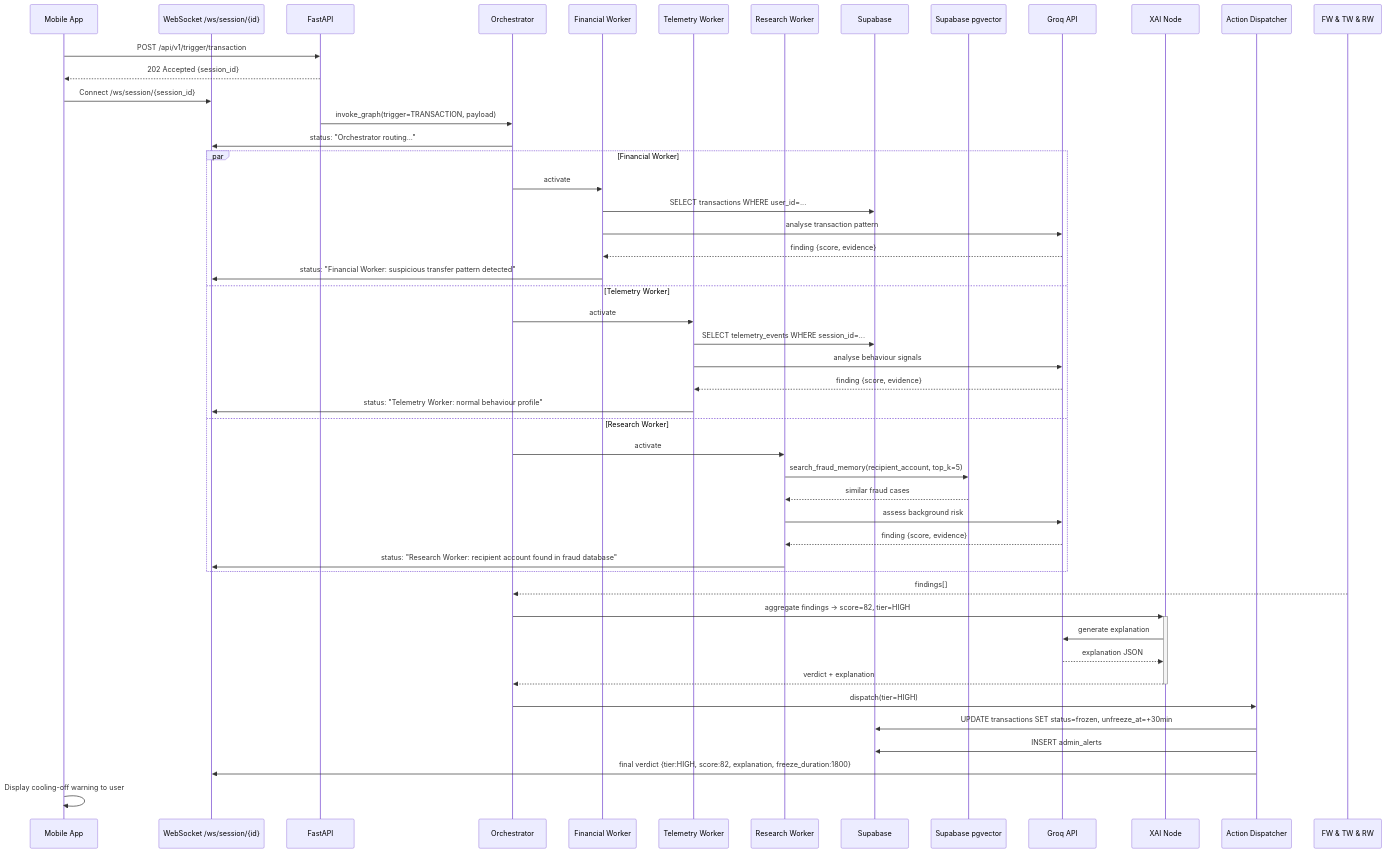
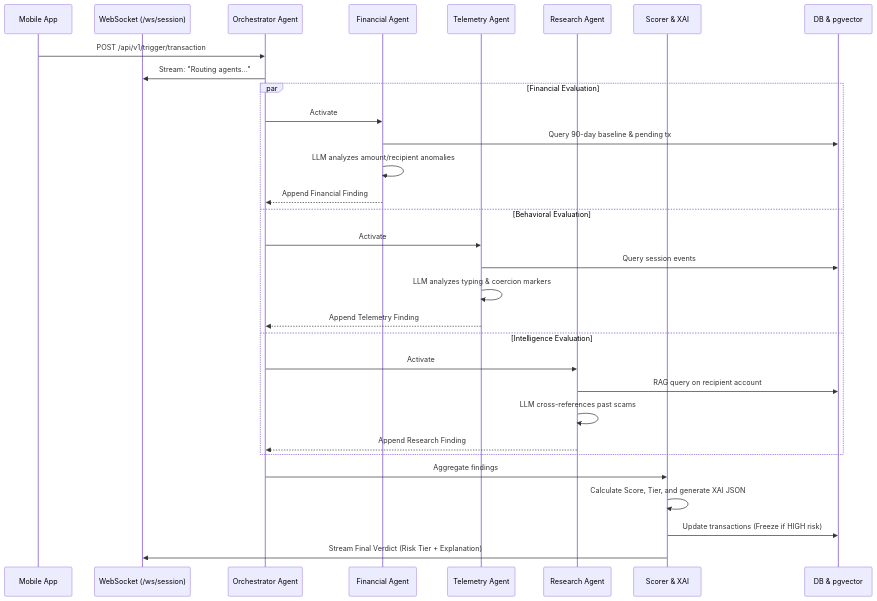
Before and after one commit to yx-05/Transafe: the third of 7 diagrams in doc/02_architecture.md, drawn with Mermaid. The commit also changed other lines of this file and 80 other files, not shown here.

````diff
--- a/doc/02_architecture.md
+++ b/doc/02_architecture.md
@@ -261,56 +368,36 @@
 ```mermaid
 sequenceDiagram
     participant App as Mobile App
-    participant WS as WebSocket /ws/session/{id}
-    participant API as FastAPI
-    participant ORC as Orchestrator
-    participant FW as Financial Worker
-    participant TW as Telemetry Worker
-    participant RW as Research Worker
-    participant SB as Supabase
-    participant SB_VEC as Supabase pgvector
-    participant GROQ as Groq API
-    participant XAI as XAI Node
-    participant ACT as Action Dispatcher
+    participant WS as WebSocket (/ws/session)
+    participant ORC as Orchestrator Agent
+    participant FW as Financial Agent
+    participant TW as Telemetry Agent
+    participant RW as Research Agent
+    participant SC as Scorer & XAI
+    participant DB as DB & pgvector
 
-    App->>API: POST /api/v1/trigger/transaction
-    API-->>App: 202 Accepted {session_id}
-    App->>WS: Connect /ws/session/{session_id}
-
-    API->>ORC: invoke_graph(trigger=TRANSACTION, payload)
-    ORC->>WS: status: "Orchestrator routing..."
-
-    par Financial Worker
-        ORC->>FW: activate
-        FW->>SB: SELECT transactions WHERE user_id=...
-        FW->>GROQ: analyse transaction pattern
-        GROQ-->>FW: finding {score, evidence}
-        FW->>WS: status: "Financial Worker: suspicious transfer pattern detected"
-    and Telemetry Worker
-        ORC->>TW: activate
-        TW->>SB: SELECT telemetry_events WHERE session_id=...
-        TW->>GROQ: analyse behaviour signals
-        GROQ-->>TW: finding {score, evidence}
-        TW->>WS: status: "Telemetry Worker: normal behaviour profile"
-    and Research Worker
-        ORC->>RW: activate
-        RW->>SB_VEC: search_fraud_memory(recipient_account, top_k=5)
-        SB_VEC-->>RW: similar fraud cases
-        RW->>GROQ: assess background risk
-        GROQ-->>RW: finding {score, evidence}
-        RW->>WS: status: "Research Worker: recipient account found in fraud database"
+    App->>ORC: POST /api/v1/trigger/transaction
+    ORC->>WS: Stream: "Routing agents..."
+    
+    par Financial Evaluation
+        ORC->>FW: Activate
+        FW->>DB: Query 90-day baseline & pending tx
+        FW->>FW: LLM analyzes amount/recipient anomalies
+        FW-->>ORC: Append Financial Finding
+    and Behavioral Evaluation
+        ORC->>TW: Activate
+        TW->>DB: Query session events
+        TW->>TW: LLM analyzes typing & coercion markers
+        TW-->>ORC: Append Telemetry Finding
+    and Intelligence Evaluation
+        ORC->>RW: Activate
+        RW->>DB: RAG query on recipient account
+        RW->>RW: LLM cross-references past scams
+        RW-->>ORC: Append Research Finding
     end
 
-    FW & TW & RW -->>ORC: findings[]
-    ORC->>+XAI: aggregate findings → score=82, tier=HIGH
-    XAI->>GROQ: generate explanation
-    GROQ-->>XAI: explanation JSON
-    XAI-->>-ORC: verdict + explanation
-
-    ORC->>ACT: dispatch(tier=HIGH)
-    ACT->>SB: UPDATE transactions SET status=frozen, unfreeze_at=+30min
-    ACT->>SB: INSERT admin_alerts
-    ACT->>WS: final verdict {tier:HIGH, score:82, explanation, freeze_duration:1800}
-
-    App->>App: Display cooling-off warning to user
+    ORC->>SC: Aggregate findings
+    SC->>SC: Calculate Score, Tier, and generate XAI JSON
+    SC->>DB: Update transactions (Freeze if HIGH risk)
+    SC->>WS: Stream Final Verdict (Risk Tier + Explanation)
 ```
````
